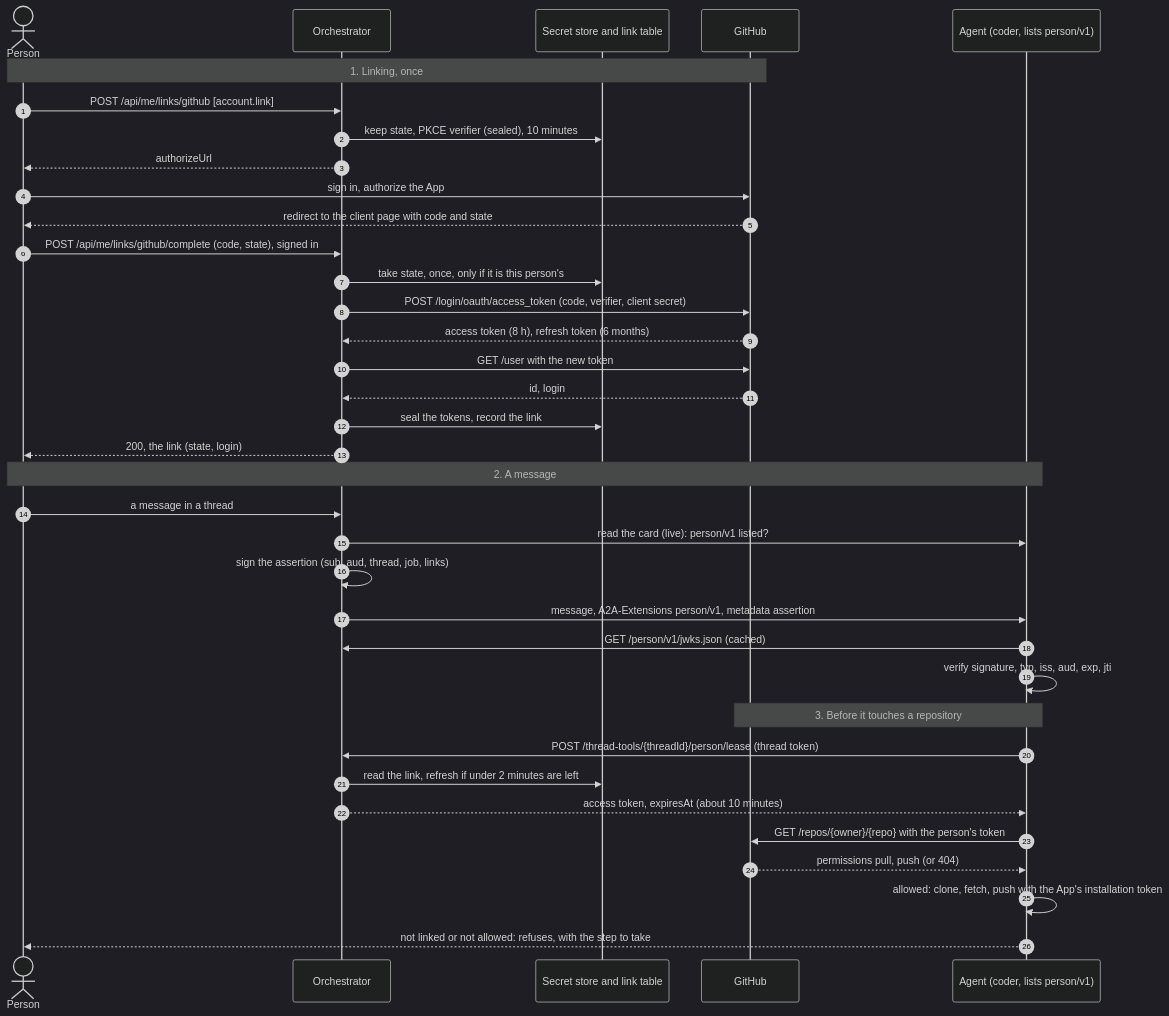
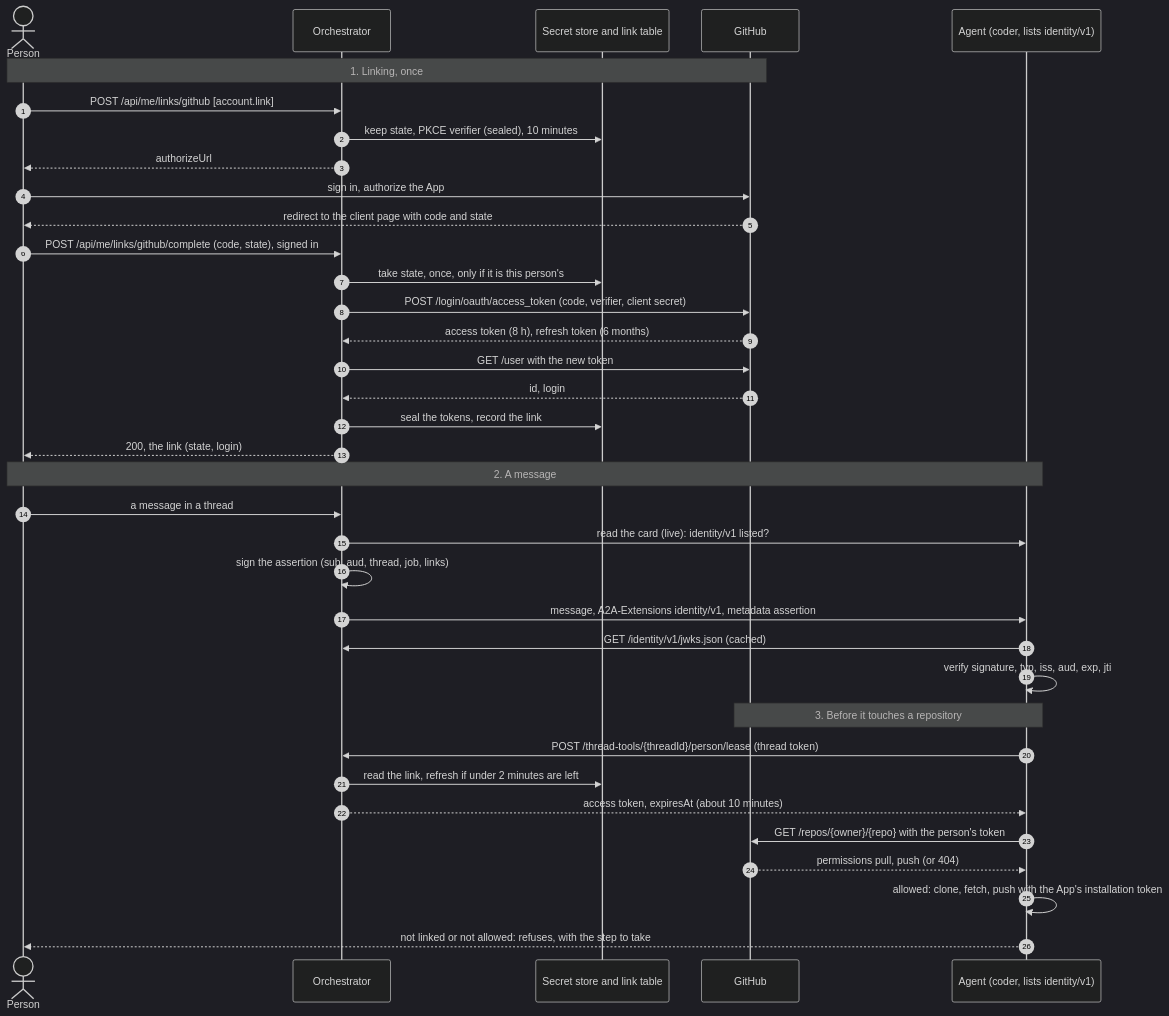
Before and after one commit to vymalo/another-agentic-system: the first of 2 diagrams in docs/decisions/0064-the-person-reaches-the-agent-and-links-their-github.md, drawn with Mermaid (dark theme). The commit also changed other lines of this file and 5 other files, not shown here.

````diff
--- a/docs/decisions/0064-the-person-reaches-the-agent-and-links-their-github.md
+++ b/docs/decisions/0064-the-person-reaches-the-agent-and-links-their-github.md
@@ -183,41 +188,41 @@
 ```mermaid
 sequenceDiagram
   autonumber
   actor P as Person
   participant O as Orchestrator
   participant K as Secret store and link table
   participant H as GitHub
-  participant A as Agent (coder, lists person/v1)
+  participant A as Agent (coder, lists identity/v1)
 
   Note over P,H: 1. Linking, once
   P->>O: POST /api/me/links/github [account.link]
   O->>K: keep state, PKCE verifier (sealed), 10 minutes
   O-->>P: authorizeUrl
   P->>H: sign in, authorize the App
   H-->>P: redirect to the client page with code and state
   P->>O: POST /api/me/links/github/complete (code, state), signed in
   O->>K: take state, once, only if it is this person's
   O->>H: POST /login/oauth/access_token (code, verifier, client secret)
   H-->>O: access token (8 h), refresh token (6 months)
   O->>H: GET /user with the new token
   H-->>O: id, login
   O->>K: seal the tokens, record the link
   O-->>P: 200, the link (state, login)
 
   Note over P,A: 2. A message
   P->>O: a message in a thread
-  O->>A: read the card (live): person/v1 listed?
+  O->>A: read the card (live): identity/v1 listed?
   O->>O: sign the assertion (sub, aud, thread, job, links)
-  O->>A: message, A2A-Extensions person/v1, metadata assertion
-  A->>O: GET /person/v1/jwks.json (cached)
+  O->>A: message, A2A-Extensions identity/v1, metadata assertion
+  A->>O: GET /identity/v1/jwks.json (cached)
   A->>A: verify signature, typ, iss, aud, exp, jti
 
   Note over A,H: 3. Before it touches a repository
   A->>O: POST /thread-tools/{threadId}/person/lease (thread token)
   O->>K: read the link, refresh if under 2 minutes are left
   O-->>A: access token, expiresAt (about 10 minutes)
   A->>H: GET /repos/{owner}/{repo} with the person's token
   H-->>A: permissions pull, push (or 404)
   A->>A: allowed: clone, fetch, push with the App's installation token
   A-->>P: not linked or not allowed: refuses, with the step to take
 ```
````
